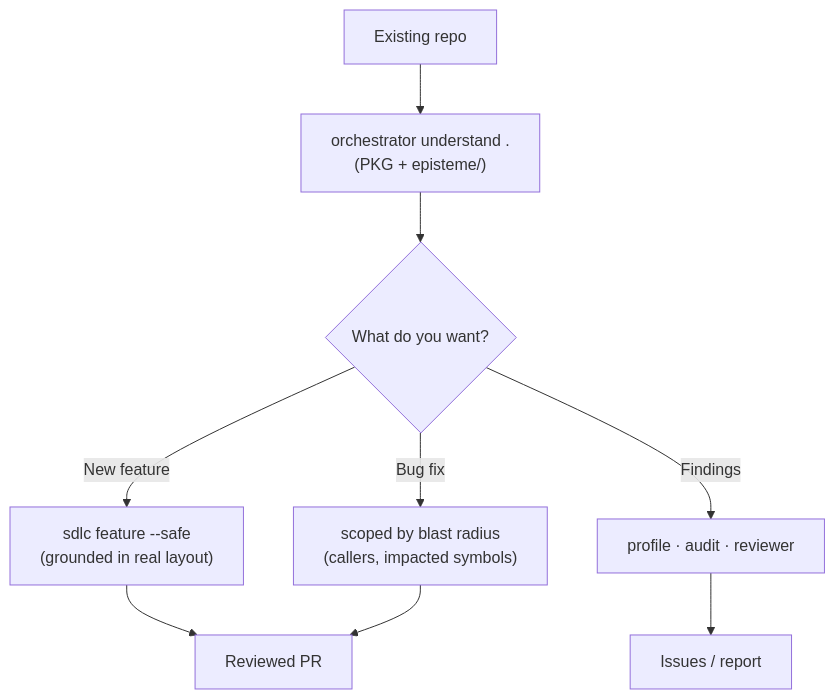
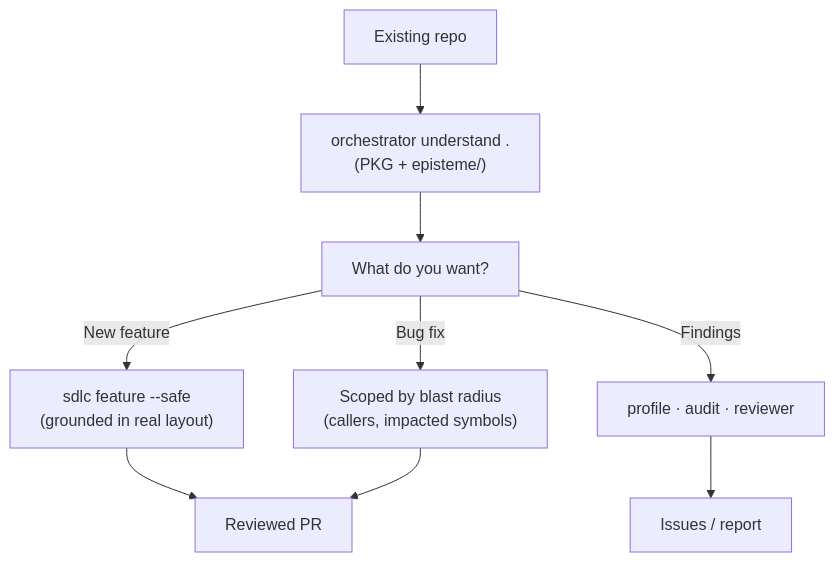
The fourth of 5 diagrams in KNOWLEDGE_GRAPH.md (synaptixs/spine), drawn with Mermaid before and after one commit. The commit also changed other lines of this file and 13 other files, not shown here.

````diff
--- a/KNOWLEDGE_GRAPH.md
+++ b/KNOWLEDGE_GRAPH.md
@@ -305,11 +329,19 @@
 ```mermaid
 flowchart TD
-    A["Existing repo"] --> B["orchestrator understand .<br/>(PKG + episteme/)"]
-    B --> C{What do you want?}
-    C -->|New feature| D["sdlc feature --safe<br/>(grounded in real layout)"]
-    C -->|Bug fix| E["scoped by blast radius<br/>(callers, impacted symbols)"]
-    C -->|Findings| F["profile · audit · reviewer"]
-    D --> G["Reviewed PR"]
+    A["Existing repo"]
+    B["orchestrator understand .<br/>(PKG + episteme/)"]
+    C["What do you want?"]
+    D["sdlc feature --safe<br/>(grounded in real layout)"]
+    E["Scoped by blast radius<br/>(callers, impacted symbols)"]
+    F["profile · audit · reviewer"]
+    G["Reviewed PR"]
+    H["Issues / report"]
+    A --> B
+    B --> C
+    C -->|New feature| D
+    C -->|Bug fix| E
+    C -->|Findings| F
+    D --> G
     E --> G
-    F --> H["Issues / report"]
+    F --> H
 ```
````
